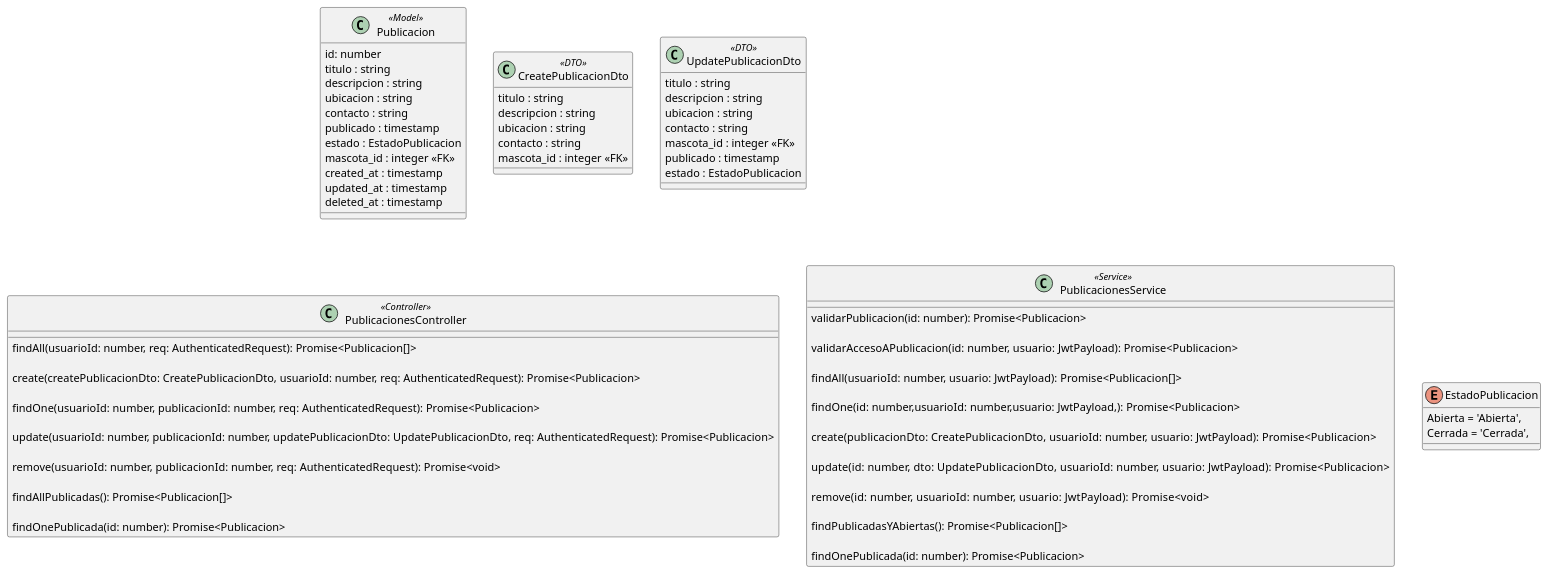
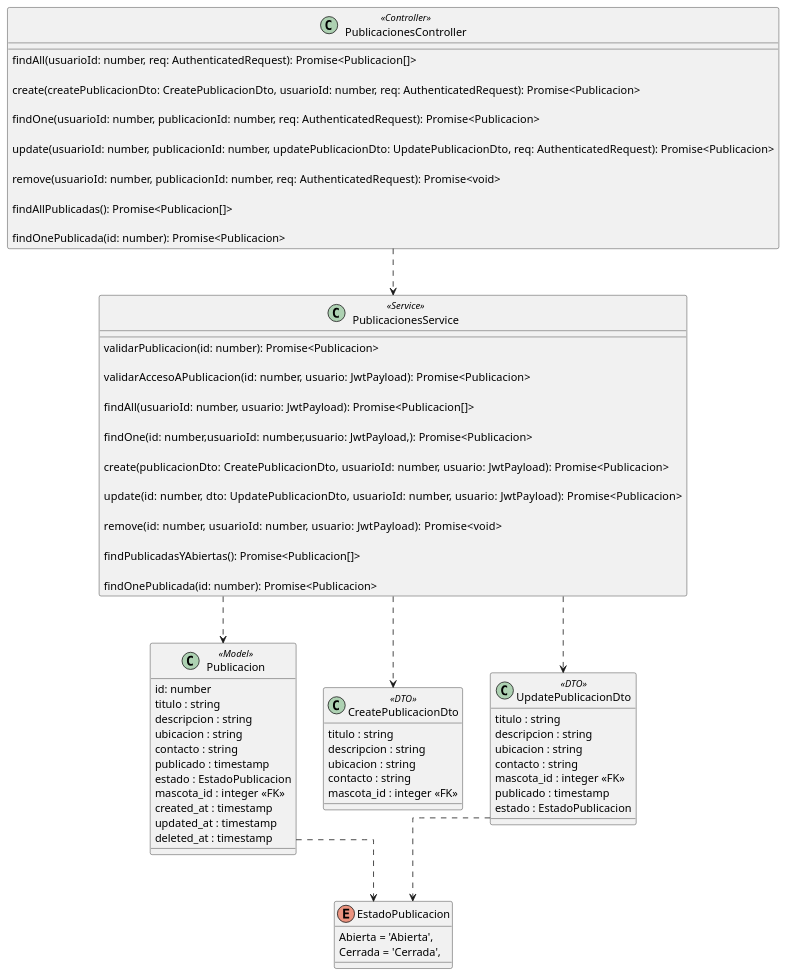
One commit to fedef1982/2025-TUP-Prog3-TP-Grupo2 changed the diagram in documentacion/diagramas/Diagramas de clases/diagrama_clase_publicacion.puml. Above: the diagram before and after it, drawn with PlantUML. The commit also changed 7 other files, not shown here.

Commit message:
cambios en diagramas

```diff
--- a/documentacion/diagramas/Diagramas de clases/diagrama_clase_publicacion.puml
+++ b/documentacion/diagramas/Diagramas de clases/diagrama_clase_publicacion.puml
@@ -1,82 +1,91 @@
 @startuml AdoptAR
 
 skinparam Linetype ortho
 
 class Publicacion <<Model>> {
   id: number
   titulo : string
   descripcion : string
   ubicacion : string
   contacto : string
   publicado : timestamp
   estado : EstadoPublicacion
   mascota_id : integer <<FK>>
   created_at : timestamp
   updated_at : timestamp
   deleted_at : timestamp
 
 }
 
 class CreatePublicacionDto <<DTO>> {
   titulo : string
   descripcion : string
   ubicacion : string
   contacto : string
   mascota_id : integer <<FK>>
   }
 
 class UpdatePublicacionDto <<DTO>>{
   titulo : string
   descripcion : string
   ubicacion : string
   contacto : string
   mascota_id : integer <<FK>>
   publicado : timestamp
   estado : EstadoPublicacion
   }
 
 class PublicacionesController <<Controller>> {
   
   findAll(usuarioId: number, req: AuthenticatedRequest): Promise<Publicacion[]>
   
   create(createPublicacionDto: CreatePublicacionDto, usuarioId: number, req: AuthenticatedRequest): Promise<Publicacion>
   
   findOne(usuarioId: number, publicacionId: number, req: AuthenticatedRequest): Promise<Publicacion>
   
   update(usuarioId: number, publicacionId: number, updatePublicacionDto: UpdatePublicacionDto, req: AuthenticatedRequest): Promise<Publicacion>
   
   remove(usuarioId: number, publicacionId: number, req: AuthenticatedRequest): Promise<void>
   
   findAllPublicadas(): Promise<Publicacion[]>
   
   findOnePublicada(id: number): Promise<Publicacion>
 
   }
 
 class PublicacionesService <<Service>>{
 validarPublicacion(id: number): Promise<Publicacion>
 
 validarAccesoAPublicacion(id: number,  usuario: JwtPayload): Promise<Publicacion>
 
 findAll(usuarioId: number,  usuario: JwtPayload): Promise<Publicacion[]>
 
 findOne(id: number,usuarioId: number,usuario: JwtPayload,): Promise<Publicacion>
 
 create(publicacionDto: CreatePublicacionDto,  usuarioId: number,  usuario: JwtPayload): Promise<Publicacion>
 
 update(id: number,  dto: UpdatePublicacionDto,  usuarioId: number,  usuario: JwtPayload): Promise<Publicacion> 
 
 remove(id: number,  usuarioId: number,  usuario: JwtPayload): Promise<void> 
 
 findPublicadasYAbiertas(): Promise<Publicacion[]> 
 
 findOnePublicada(id: number): Promise<Publicacion> 
 
 }
 
 enum EstadoPublicacion {
   Abierta = 'Abierta',
   Cerrada = 'Cerrada',
 }
 
+/' Relaciones '/
+PublicacionesController ..> PublicacionesService 
+PublicacionesService ..> CreatePublicacionDto 
+PublicacionesService ..> UpdatePublicacionDto 
+PublicacionesService ..> Publicacion
+
+Publicacion ..> EstadoPublicacion
+UpdatePublicacionDto ..> EstadoPublicacion
+
 @enduml
```
